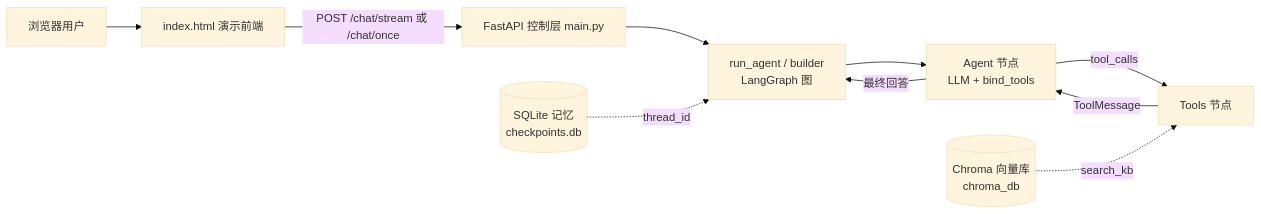
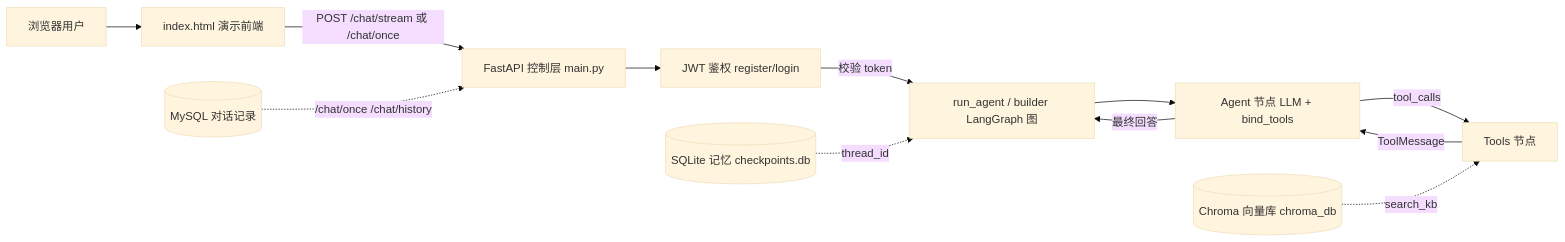
One commit to zhouhao1a/langgraph-rag-agent changed the diagram in README.md. Above: the diagram before and after it, drawn with Mermaid (base theme). The commit also changed other lines of this file and 1 other file, not shown here.

````diff
--- a/README.md
+++ b/README.md
@@ -19,12 +31,14 @@
-```mermaid
-graph LR
-    U[浏览器用户] --> F[index.html 演示前端]
-    F -->|POST /chat/stream 或 /chat/once| API[FastAPI 控制层 main.py]
-    API --> R[run_agent / builder<br/>LangGraph 图]
-    R --> A[Agent 节点<br/>LLM + bind_tools]
-    A -->|tool_calls| T[Tools 节点]
-    T -->|ToolMessage| A
-    A -->|最终回答| R
-    KB[(Chroma 向量库<br/>chroma_db)] -.->|search_kb| T
-    DB[(SQLite 记忆<br/>checkpoints.db)] -.->|thread_id| R
-```
+  ```mermaid
+  graph LR
+      U[浏览器用户] --> F[index.html 演示前端]
+      F -->|POST /chat/stream 或 /chat/once| API[FastAPI 控制层 main.py]
+      API --> AUTH[JWT 鉴权 register/login]
+      AUTH -->|校验 token| R[run_agent / builder LangGraph 图]
+      R --> A[Agent 节点 LLM + bind_tools]
+      A -->|tool_calls| T[Tools 节点]
+      T -->|ToolMessage| A
+      A -->|最终回答| R
+      KB[(Chroma 向量库 chroma_db)] -.->|search_kb| T
+      DB[(SQLite 记忆 checkpoints.db)] -.->|thread_id| R
+      MY[(MySQL 对话记录)] -.->|/chat/once /chat/history| API
+  ```
````
